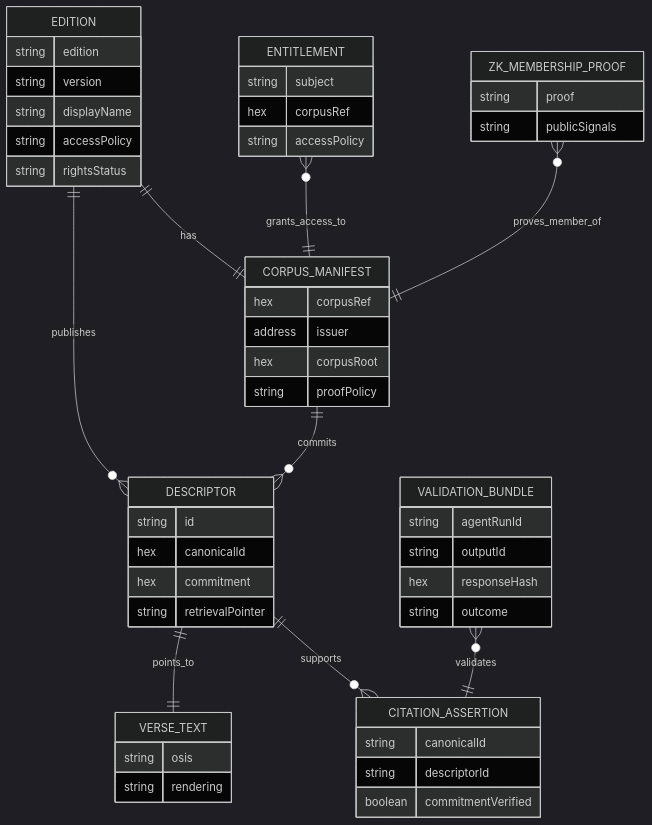
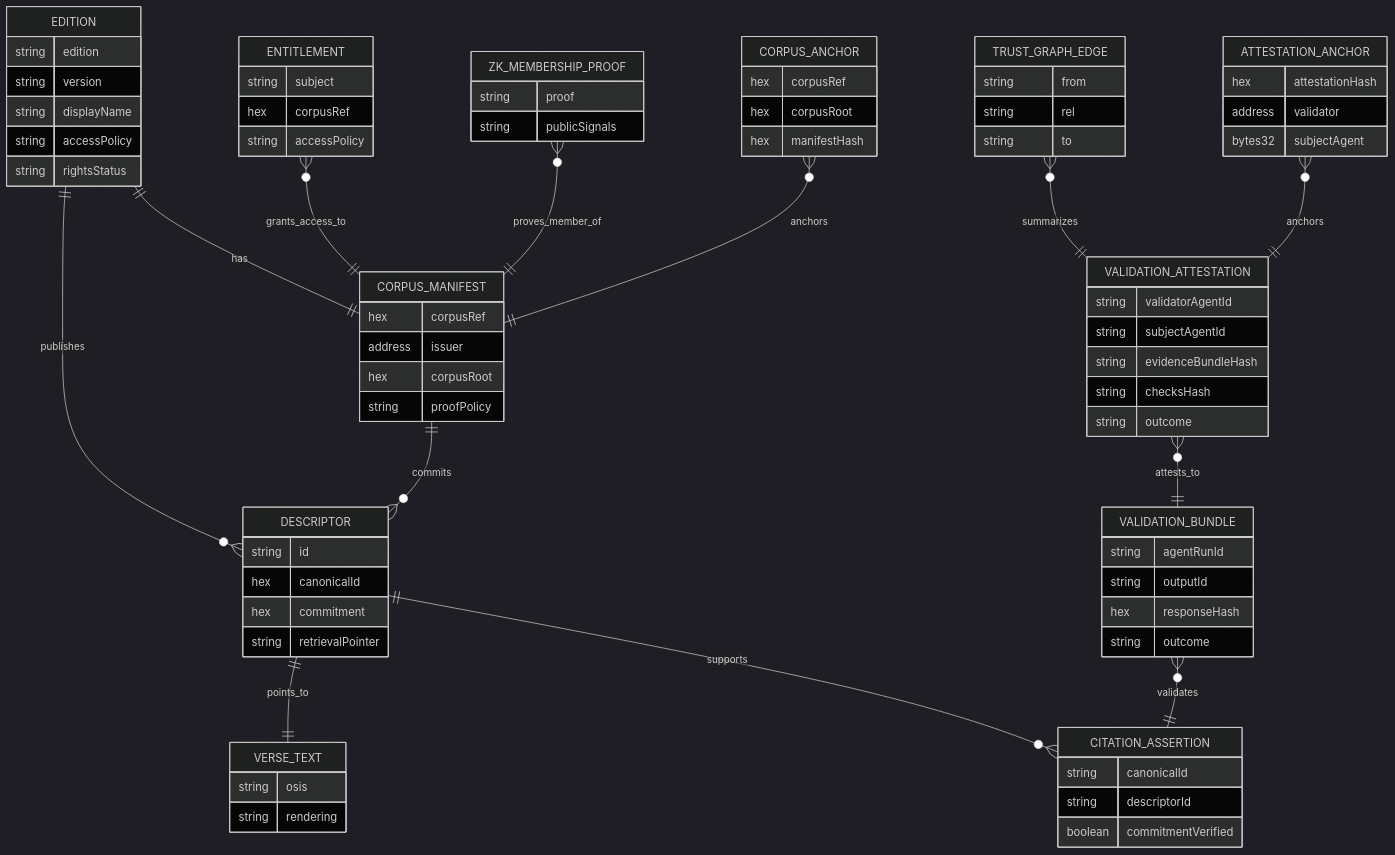
The eighth of 8 diagrams in documents/system-architecture.md (rpedersen3/verifiable-content-demo), drawn with Mermaid (dark theme) before and after one commit. The commit also changed other lines of this file and 13 other files, not shown here.

````diff
--- a/documents/system-architecture.md
+++ b/documents/system-architecture.md
@@ -177,55 +269,81 @@
 ```mermaid
 erDiagram
   EDITION ||--o{ DESCRIPTOR : publishes
   EDITION ||--|| CORPUS_MANIFEST : has
   CORPUS_MANIFEST ||--o{ DESCRIPTOR : commits
   DESCRIPTOR ||--|| VERSE_TEXT : points_to
   DESCRIPTOR ||--o{ CITATION_ASSERTION : supports
   ENTITLEMENT }o--|| CORPUS_MANIFEST : grants_access_to
   VALIDATION_BUNDLE }o--|| CITATION_ASSERTION : validates
   ZK_MEMBERSHIP_PROOF }o--|| CORPUS_MANIFEST : proves_member_of
+  VALIDATION_ATTESTATION }o--|| VALIDATION_BUNDLE : attests_to
+  TRUST_GRAPH_EDGE }o--|| VALIDATION_ATTESTATION : summarizes
+  CORPUS_ANCHOR }o--|| CORPUS_MANIFEST : anchors
+  ATTESTATION_ANCHOR }o--|| VALIDATION_ATTESTATION : anchors
 
   EDITION {
     string edition
     string version
     string displayName
     string accessPolicy
     string rightsStatus
   }
   CORPUS_MANIFEST {
     hex corpusRef
     address issuer
     hex corpusRoot
     string proofPolicy
   }
   DESCRIPTOR {
     string id
     hex canonicalId
     hex commitment
     string retrievalPointer
   }
   VERSE_TEXT {
     string osis
     string rendering
   }
   CITATION_ASSERTION {
     string canonicalId
     string descriptorId
     boolean commitmentVerified
   }
   ENTITLEMENT {
     string subject
     hex corpusRef
     string accessPolicy
   }
   VALIDATION_BUNDLE {
     string agentRunId
     string outputId
     hex responseHash
     string outcome
   }
   ZK_MEMBERSHIP_PROOF {
     string proof
     string publicSignals
   }
+  VALIDATION_ATTESTATION {
+    string validatorAgentId
+    string subjectAgentId
+    string evidenceBundleHash
+    string checksHash
+    string outcome
+  }
+  TRUST_GRAPH_EDGE {
+    string from
+    string rel
+    string to
+  }
+  CORPUS_ANCHOR {
+    hex corpusRef
+    hex corpusRoot
+    hex manifestHash
+  }
+  ATTESTATION_ANCHOR {
+    hex attestationHash
+    address validator
+    bytes32 subjectAgent
+  }
 ```
````
